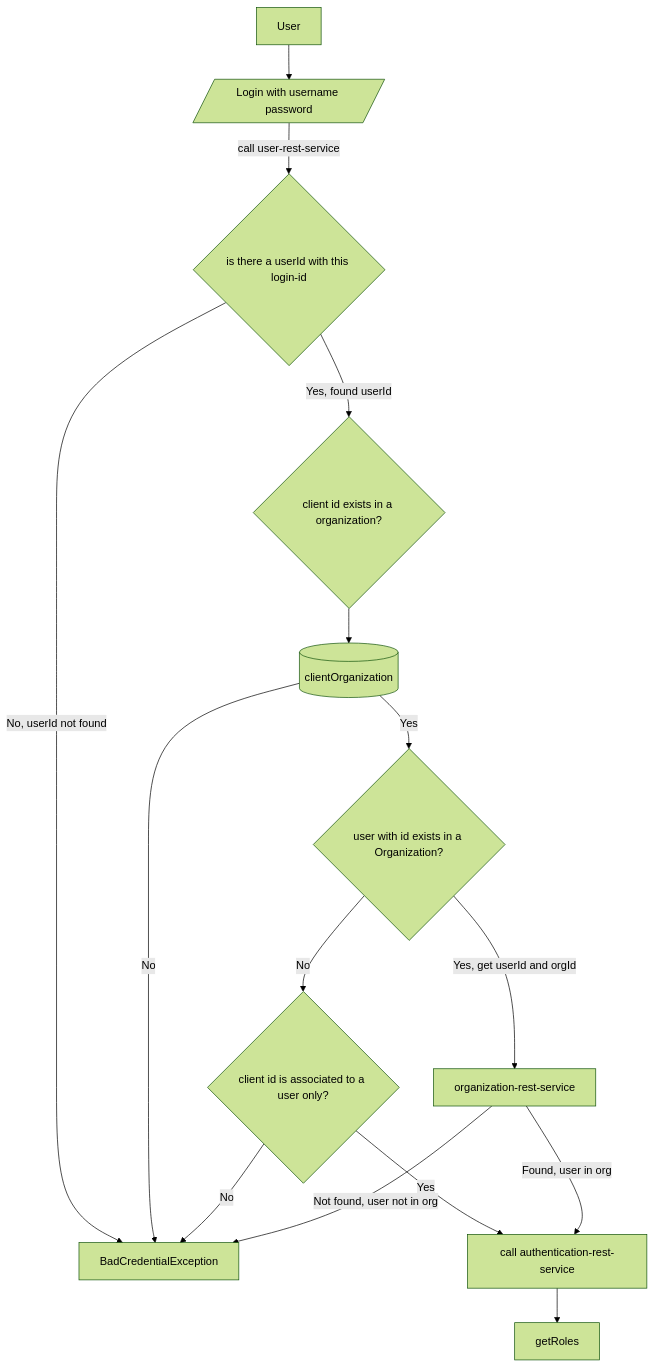
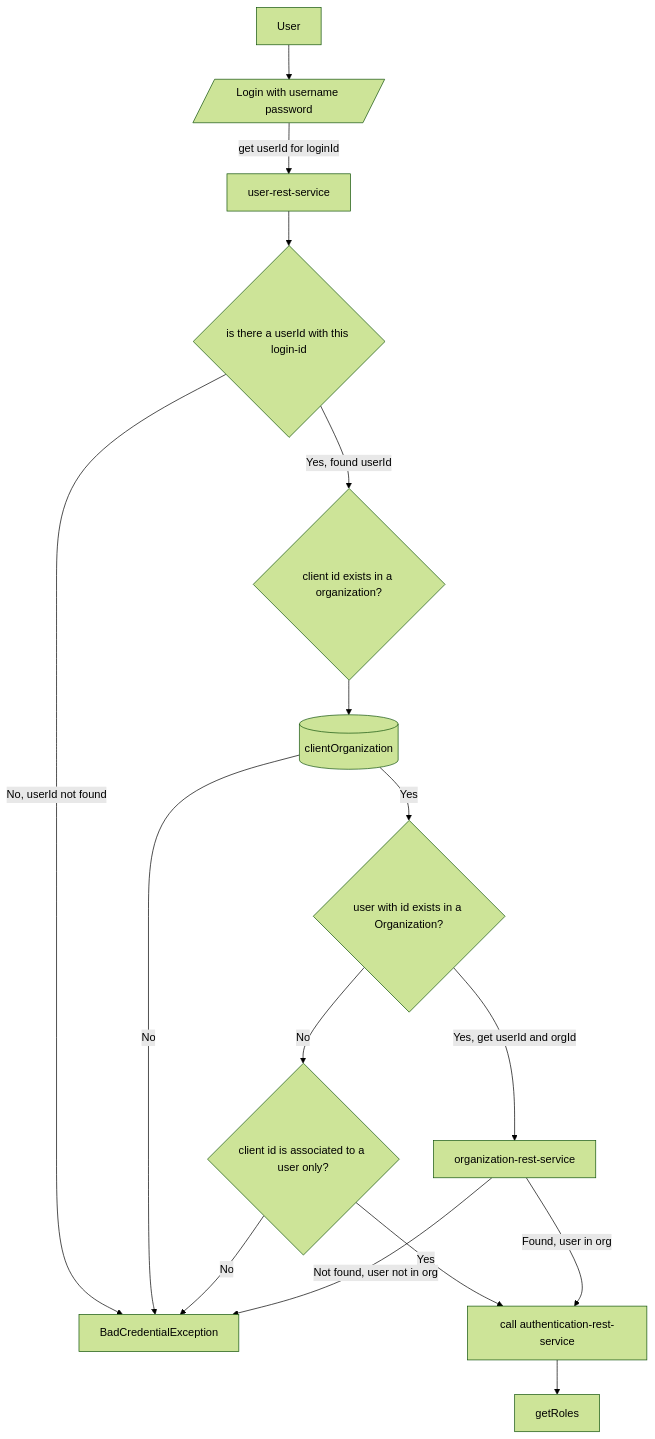
One commit to sonamsamdupkhangsar/spring-authorization-serve changed the diagram in README.md. Above: the diagram before and after it, drawn with Mermaid (forest theme).

Commit message:
commit reademe

````diff
--- a/README.md
+++ b/README.md
@@ -35,18 +35,19 @@
 ```mermaid
 flowchart TD
  User -->login[/Login with username password/]
- login --"call user-rest-service"--> getUserId{is there a userId with this login-id}
+ login --get userId for loginId--> userRestService["user-rest-service"]
+ userRestService --> getUserId{is there a userId with this login-id}
  getUserId -->|Yes, found userId|checkClientInOrg{client id exists in a organization?}
  getUserId -->|No, userId not found|returnError[BadCredentialException]
  checkClientInOrg --> clientOrganizationTable[(clientOrganization)]
  clientOrganizationTable -->|Yes| userExistsInOrg{user with id exists in a Organization?}
  clientOrganizationTable -->|No| returnError
  
  userExistsInOrg -->|Yes, get userId and orgId|organizationRestService["organization-rest-service"]
  userExistsInOrg -->|No|checkClientUserAssociation{client id is associated to a user only?}
  checkClientUserAssociation -->|Yes| authenticate
  checkClientUserAssociation -->|No| returnError
  organizationRestService -->|Found, user in org|authenticate["call authentication-rest-service"]
  organizationRestService -->|Not found, user not in org| returnError
  authenticate --> getRoles
 ```
````
